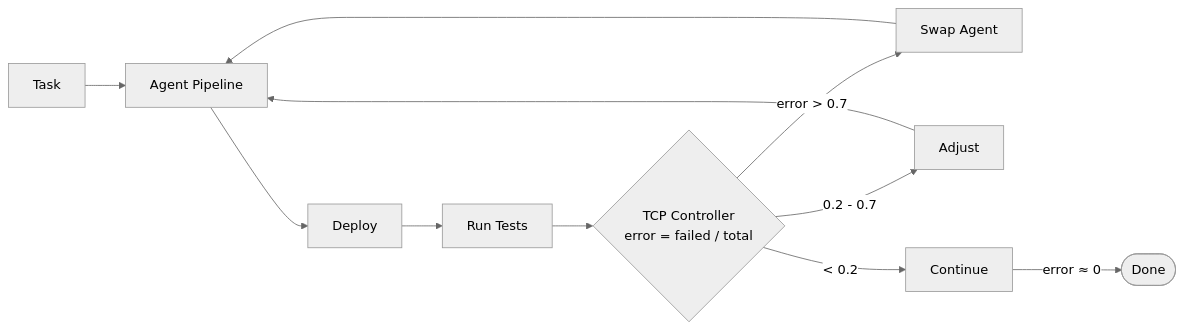
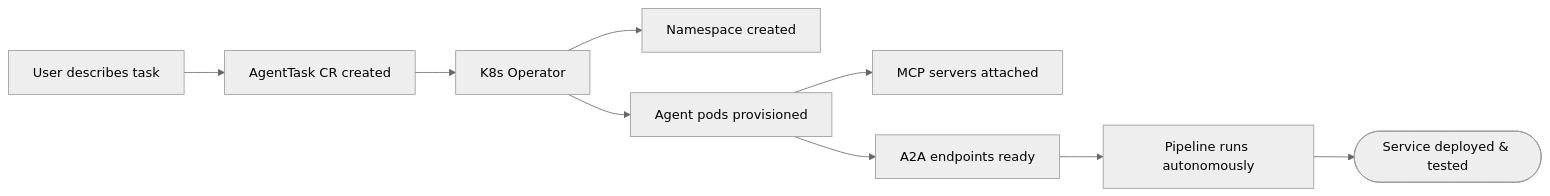
One commit to dshcherbatiuk/forgemaster changed the first of 4 diagrams in docs/pitch-deck.md. Above: the diagram before and after it, drawn with Mermaid (neutral theme). The commit also changed other lines of this file and 1 other file, not shown here.

````diff
--- a/docs/pitch-deck.md
+++ b/docs/pitch-deck.md
@@ -36,13 +36,11 @@
 ```mermaid
 flowchart LR
-    A["Task"] --> B["Agent Pipeline"]
-    B --> C["Deploy"]
-    C --> D["Run Tests"]
-    D --> E{"TCP Controller\nerror = failed / total"}
-    E -->|"error > 0.7"| F["Swap Agent"]
-    E -->|"0.2 - 0.7"| G["Adjust"]
-    E -->|"< 0.2"| H["Continue"]
-    F --> B
-    G --> B
-    H -->|"error ≈ 0"| I(["Done"])
+    U["User describes task"] --> CR["AgentTask CR created"]
+    CR --> OP["K8s Operator"]
+    OP --> NS["Namespace created"]
+    OP --> AG["Agent pods provisioned"]
+    AG --> MCP["MCP servers attached"]
+    AG --> A2A["A2A endpoints ready"]
+    A2A --> PIPE["Pipeline runs autonomously"]
+    PIPE --> DONE(["Service deployed & tested"])
 ```
````
